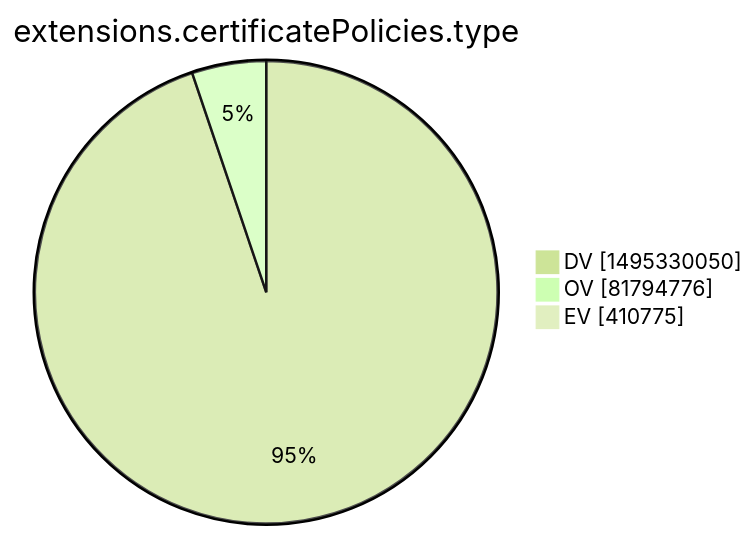
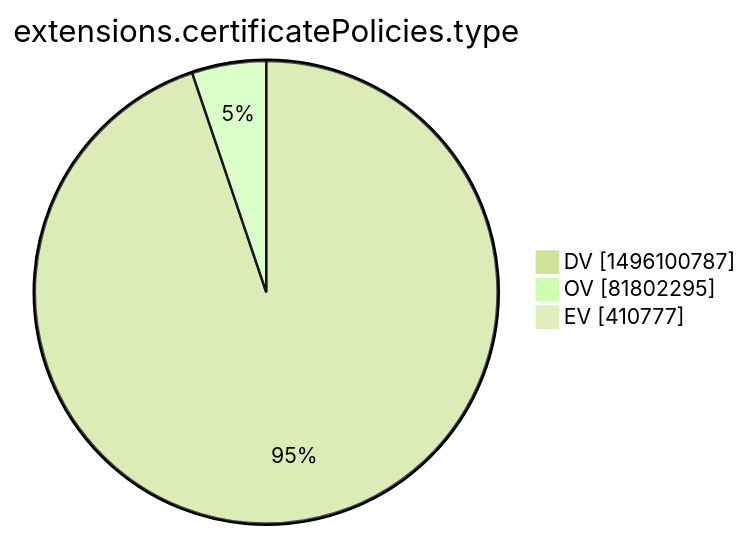
The tenth of 15 diagrams in xenon2022/README.md (christiankrug/ctmonitor_visualization), drawn with Mermaid (forest theme) before and after one commit. The commit also changed other lines of this file, not shown here.

````diff
--- a/xenon2022/README.md
+++ b/xenon2022/README.md
@@ -2874,7 +2874,7 @@
 ```mermaid
 pie showData
 title extensions.certificatePolicies.type
-"DV" :1495330050
-"OV" :81794776
-"EV" :410775
+"DV" :1496100787
+"OV" :81802295
+"EV" :410777
 ```
````
